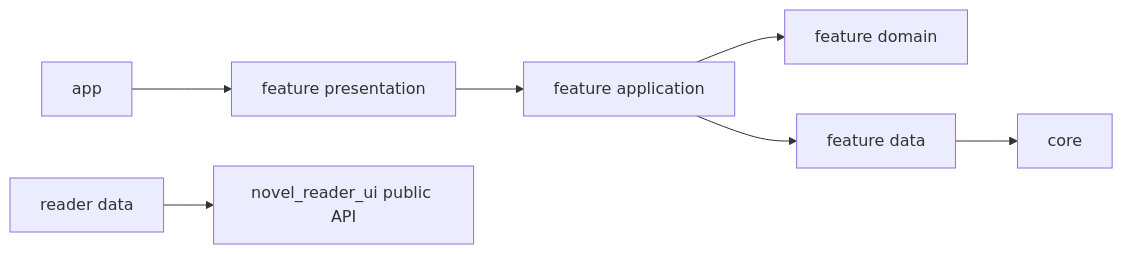
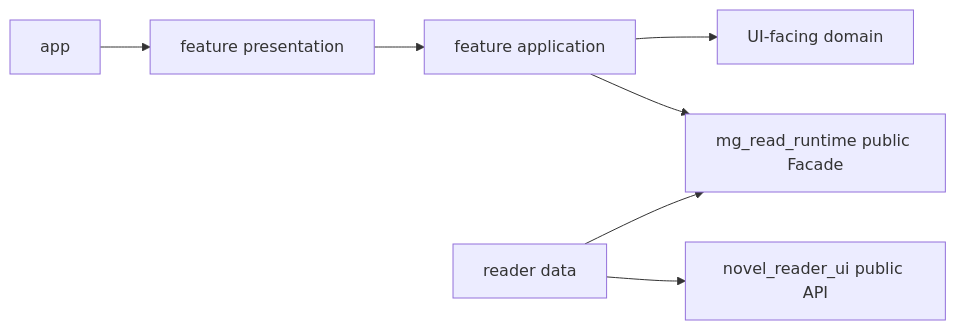
The diagram in docs/implementation/main-app-structure.md (lingy-Mg/mg_read), drawn with Mermaid before and after one commit. The commit also changed other lines of this file and 41 other files, not shown here.

````diff
--- a/docs/implementation/main-app-structure.md
+++ b/docs/implementation/main-app-structure.md
@@ -56,9 +58,9 @@
 ```mermaid
 flowchart LR
     APP["app"] --> PRESENTATION["feature presentation"]
     PRESENTATION --> APPLICATION["feature application"]
-    APPLICATION --> DOMAIN["feature domain"]
-    APPLICATION --> DATA["feature data"]
-    DATA --> CORE["core"]
+    APPLICATION --> DOMAIN["UI-facing domain"]
+    APPLICATION --> FACADE["mg_read_runtime public Facade"]
     READERDATA["reader data"] --> READERAPI["novel_reader_ui public API"]
+    READERDATA --> FACADE
 ```
````
